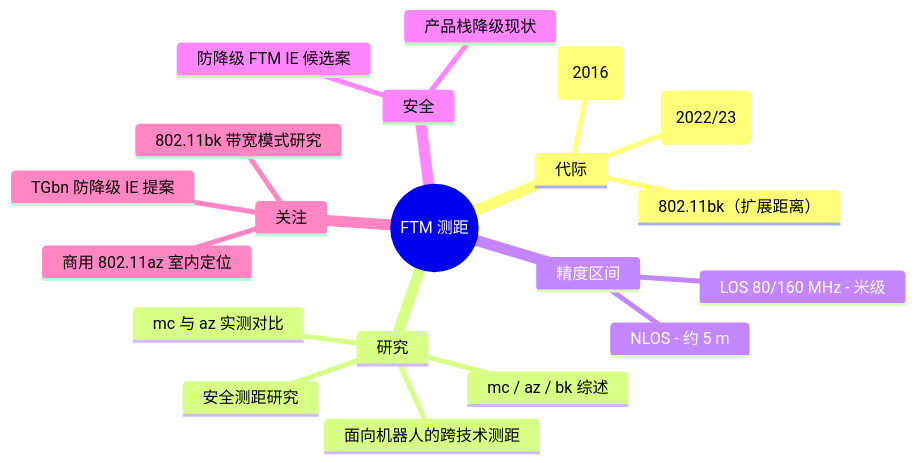
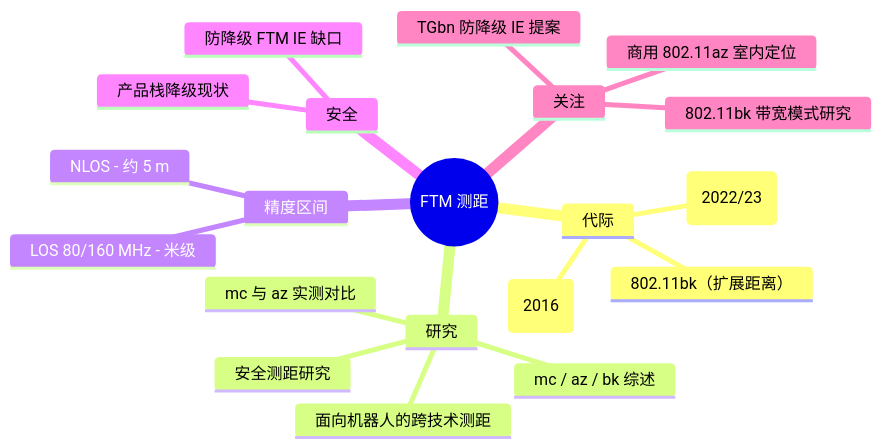
One commit to ntutangyun/wireless_comm_knowledge_base changed the diagram in topics/ftm-ranging.diagram.zh.mmd. Above: the diagram before and after it, drawn with Mermaid. The commit also changed 18 other files, not shown here.

Commit message:
Topics: scrub non-neutral strategy language from public narratives/diagrams; seed sat-direct-device and uwb-fi-ra narratives + mindmaps

```diff
--- a/topics/ftm-ranging.diagram.zh.mmd
+++ b/topics/ftm-ranging.diagram.zh.mmd
@@ -1,21 +1,21 @@
 mindmap
   root((FTM 测距))
     代际
       802.11mc (2016)
       802.11az (2022/23)
       802.11bk（扩展距离）
     研究
       mc / az / bk 综述
       mc 与 az 实测对比
       安全测距研究
       面向机器人的跨技术测距
     精度区间
       LOS 80/160 MHz - 米级
       NLOS - 约 5 m
     安全
-      防降级 FTM IE 候选案
+      防降级 FTM IE 缺口
       产品栈降级现状
     关注
       TGbn 防降级 IE 提案
       商用 802.11az 室内定位
       802.11bk 带宽模式研究
```
